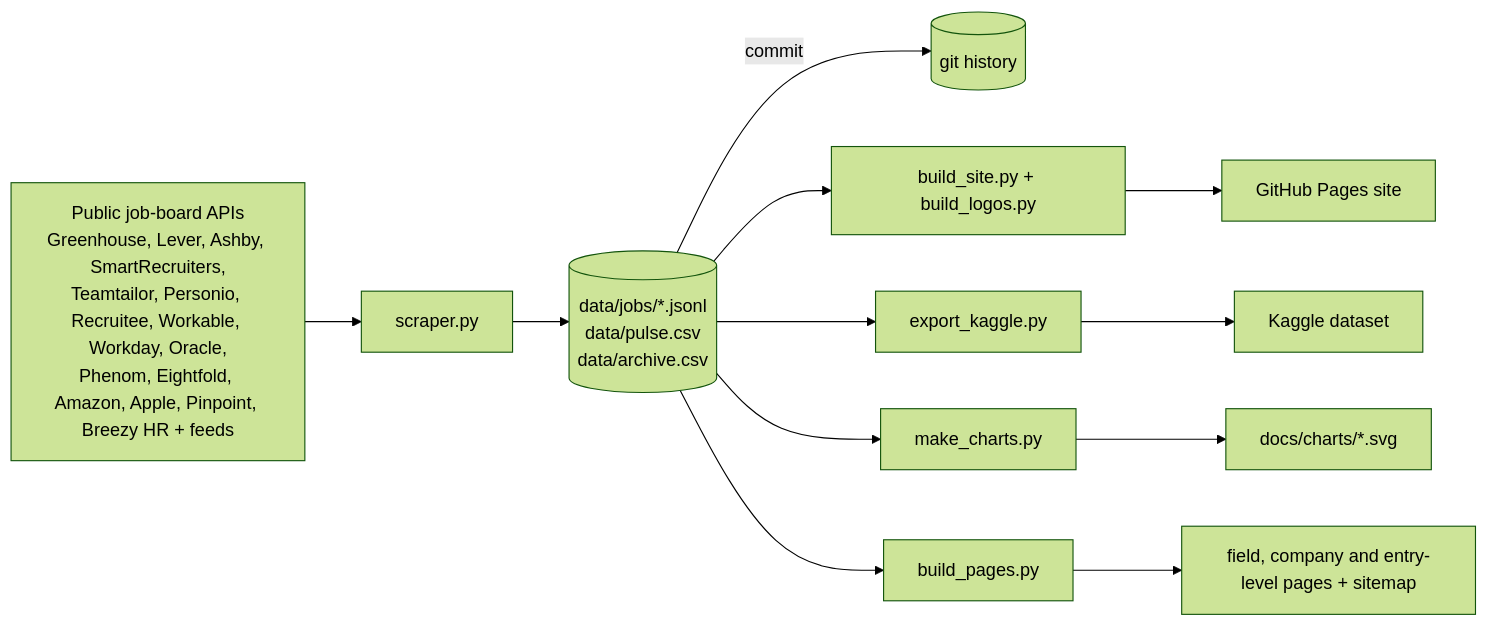
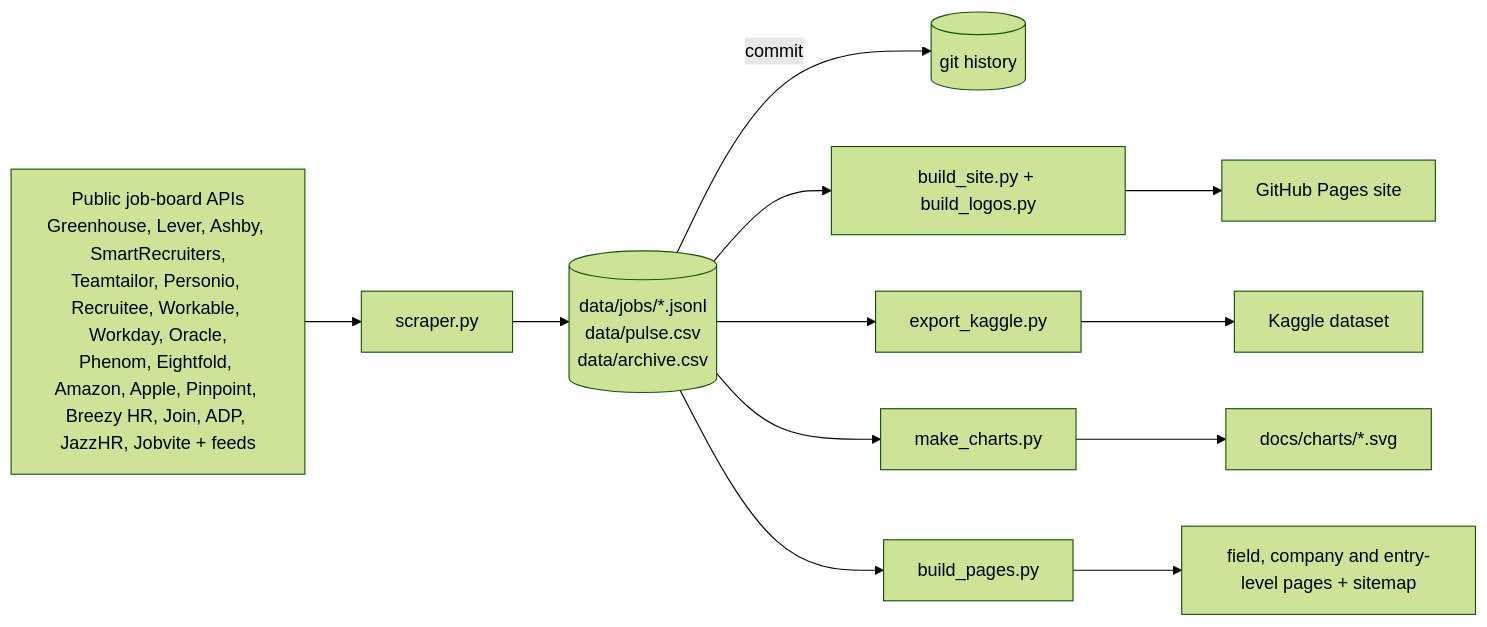
Before and after one commit to chandranshB/roleBase: the diagram in README.md, drawn with Mermaid (forest theme). The commit also changed other lines of this file, not shown here.

Commit message:
docs(readme): update stats to 1.57M+ open jobs across 71k companies and add cache-busting to charts

````diff
--- a/README.md
+++ b/README.md
@@ -71,10 +71,10 @@
 ```mermaid
 flowchart LR
-  A["Public job-board APIs<br/>Greenhouse, Lever, Ashby, SmartRecruiters,<br/>Teamtailor, Personio, Recruitee, Workable, Workday, Oracle,<br/>Phenom, Eightfold, Amazon, Apple, Pinpoint, Breezy HR + feeds"] --> B[scraper.py]
+  A["Public job-board APIs<br/>Greenhouse, Lever, Ashby, SmartRecruiters,<br/>Teamtailor, Personio, Recruitee, Workable, Workday, Oracle,<br/>Phenom, Eightfold, Amazon, Apple, Pinpoint, Breezy HR, Join, ADP, JazzHR, Jobvite + feeds"] --> B[scraper.py]
   B --> C[("data/jobs/*.jsonl<br/>data/pulse.csv<br/>data/archive.csv")]
   C -->|commit| G[(git history)]
   C --> D[build_site.py + build_logos.py] --> E[GitHub Pages site]
   C --> F[export_kaggle.py] --> H[Kaggle dataset]
   C --> I[make_charts.py] --> J[docs/charts/*.svg]
   C --> K[build_pages.py] --> L[field, company and entry-level pages + sitemap]
 ```
````
